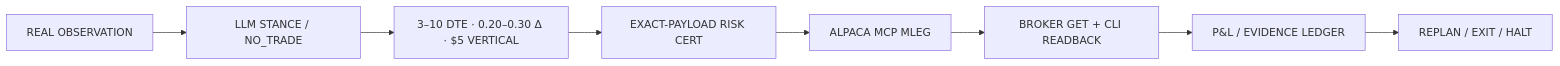
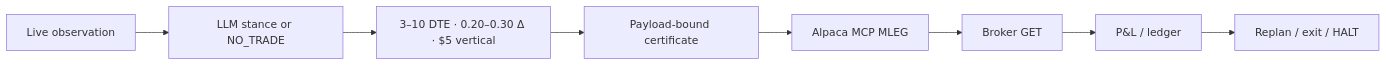
The diagram in README.md (Yun-0000/opticycle), drawn with Mermaid before and after one commit. The commit also changed other lines of this file and 13 other files, not shown here.

````diff
--- a/README.md
+++ b/README.md
@@ -23,10 +19,10 @@
 ```mermaid
 flowchart LR
-    A[REAL OBSERVATION] --> B[LLM STANCE / NO_TRADE]
-    B --> C[3–10 DTE · 0.20–0.30 Δ · $5 VERTICAL]
-    C --> D[EXACT-PAYLOAD RISK CERT]
-    D --> E[ALPACA MCP MLEG]
-    E --> F[BROKER GET + CLI READBACK]
-    F --> G[P&L / EVIDENCE LEDGER]
-    G --> H[REPLAN / EXIT / HALT]
+    A[Live observation] --> B[LLM stance or NO_TRADE]
+    B --> C[3–10 DTE · 0.20–0.30 Δ · $5 vertical]
+    C --> D[Payload-bound certificate]
+    D --> E[Alpaca MCP MLEG]
+    E --> F[Broker GET]
+    F --> G[P&L / ledger]
+    G --> H[Replan / exit / HALT]
 ```
````
